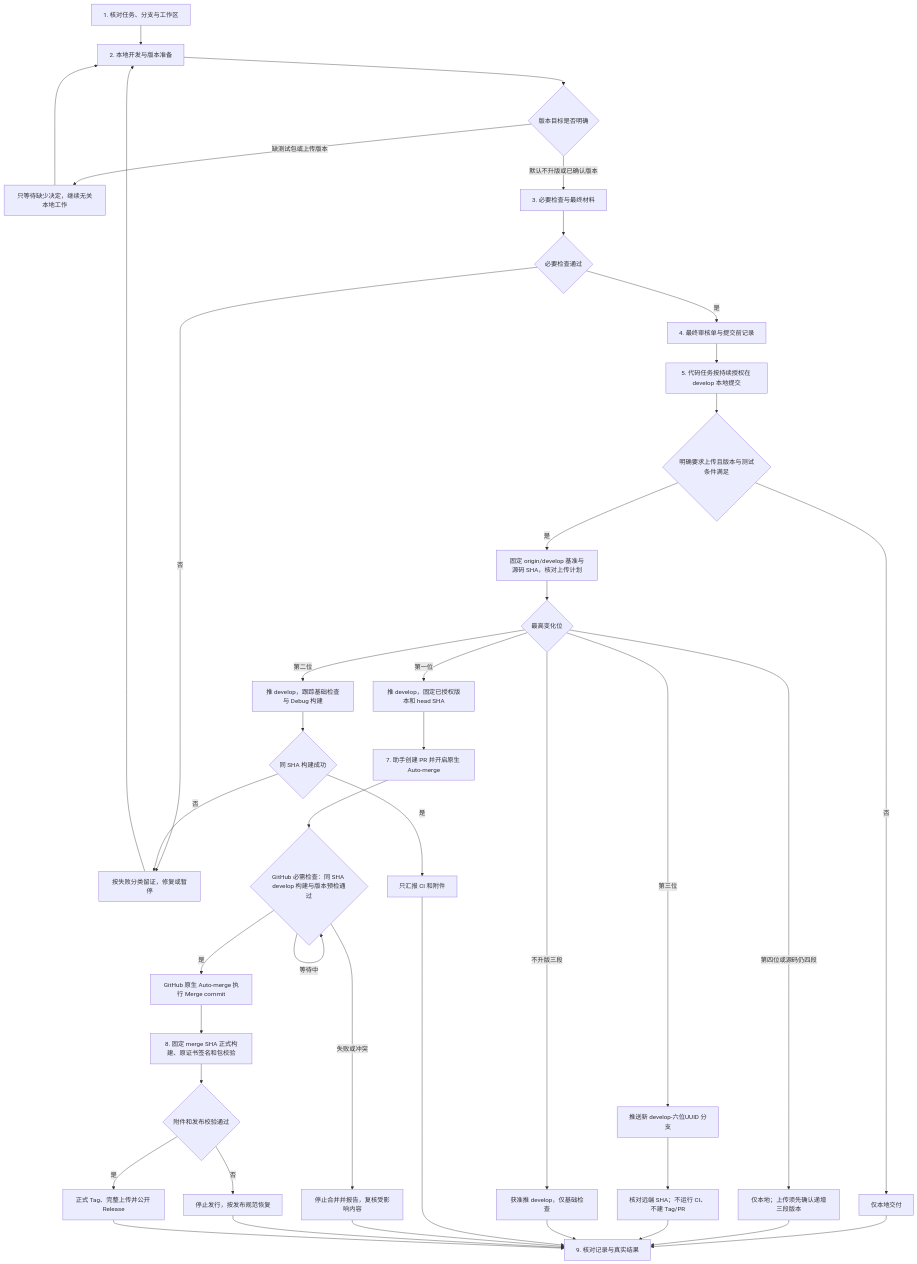
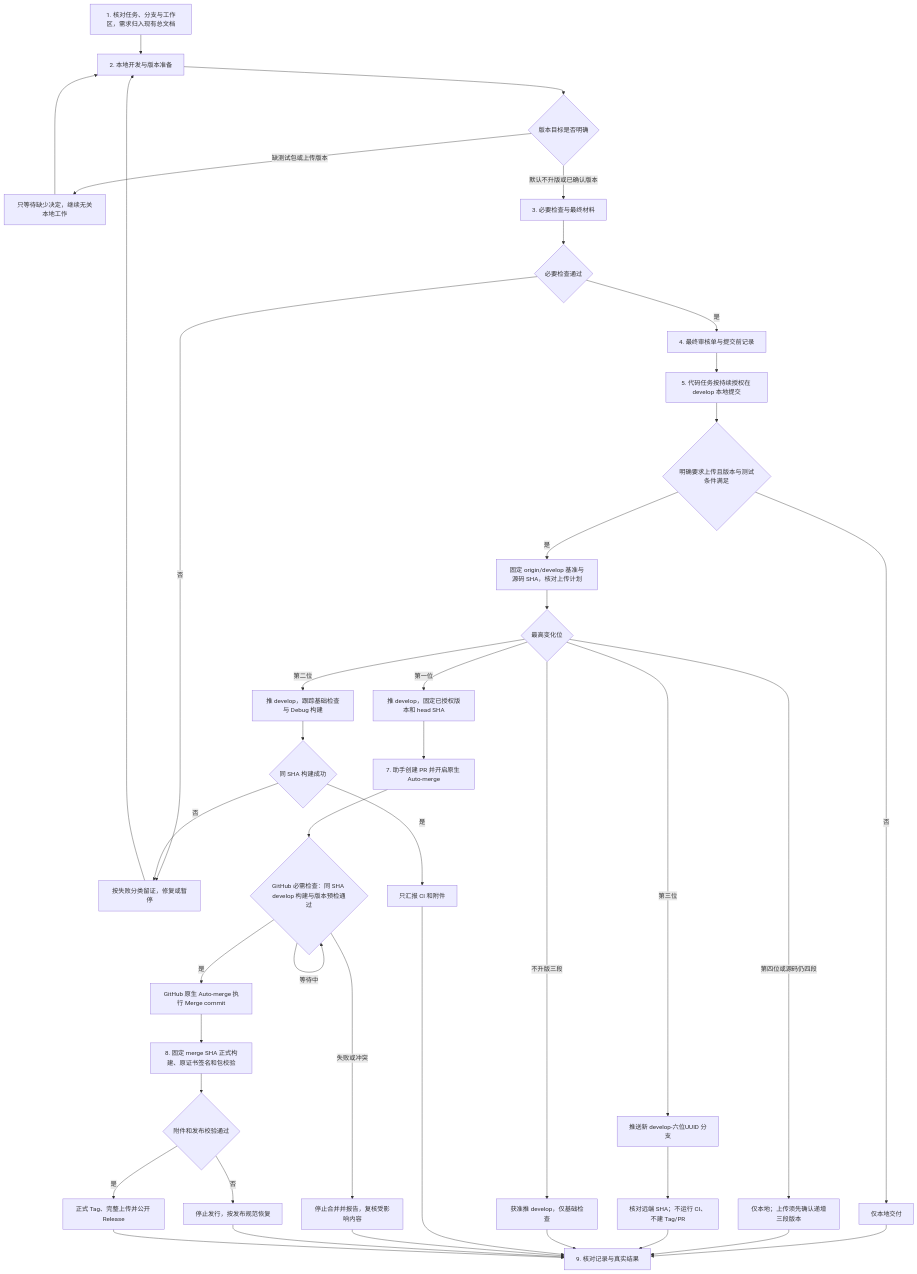
The diagram in .agents/docs/DEVELOPMENT_FLOWCHART.md (haorengg12/EhReader), drawn with Mermaid before and after one commit. The commit also changed other lines of this file and 18 other files, not shown here.

````diff
--- a/.agents/docs/DEVELOPMENT_FLOWCHART.md
+++ b/.agents/docs/DEVELOPMENT_FLOWCHART.md
@@ -5,43 +5,43 @@
 ```mermaid
 flowchart TD
- A[1. 核对任务、分支与工作区] --> B[2. 本地开发与版本准备]
+ A[1. 核对任务、分支与工作区，需求归入现有总文档] --> B[2. 本地开发与版本准备]
  B --> V{版本目标是否明确}
  V -->|缺测试包或上传版本| W[只等待缺少决定，继续无关本地工作]
  W --> B
  V -->|默认不升版或已确认版本| C[3. 必要检查与最终材料]
  C --> OK{必要检查通过}
  OK -->|否| REC[按失败分类留证，修复或暂停]
  REC --> B
  OK -->|是| D[4. 最终审核单与提交前记录]
  D --> LC[5. 代码任务按持续授权在 develop 本地提交]
  LC --> UP{明确要求上传且版本与测试条件满足}
  UP -->|否| LOCAL[仅本地交付]
  LOCAL --> Z[9. 核对记录与真实结果]
  UP -->|是| PLAN[固定 origin/develop 基准与源码 SHA，核对上传计划]
  PLAN --> P{最高变化位}
  P -->|第四位或源码仍四段| BLOCK[仅本地；上传须先确认递增三段版本]
  BLOCK --> Z
  P -->|第三位| SNAP[推送新 develop-六位UUID 分支]
  SNAP --> VERIFY[核对远端 SHA；不运行 CI、不建 Tag/PR]
  VERIFY --> Z
  P -->|不升版三段| SAVE[获准推 develop，仅基础检查]
  SAVE --> Z
  P -->|第二位| PUSH[推 develop，跟踪基础检查与 Debug 构建]
  P -->|第一位| MP[推 develop，固定已授权版本和 head SHA]
  MP --> PR[7. 助手创建 PR 并开启原生 Auto-merge]
  PUSH --> CI{同 SHA 构建成功}
  CI -->|否| REC
  CI -->|是| REPORT[只汇报 CI 和附件]
  REPORT --> Z
  PR --> GATE{GitHub 必需检查：同 SHA develop 构建与版本预检通过}
  GATE -->|等待中| GATE
  GATE -->|失败或冲突| STOP[停止合并并报告，复核受影响内容]
  STOP --> Z
  GATE -->|是| MERGE[GitHub 原生 Auto-merge 执行 Merge commit]
  MERGE --> RELEASE[8. 固定 merge SHA 正式构建、原证书签名和包校验]
  RELEASE --> PASS{附件和发布校验通过}
  PASS -->|否| FAIL[停止发行，按发布规范恢复]
  FAIL --> Z
  PASS -->|是| PUB[正式 Tag、完整上传并公开 Release]
  PUB --> Z
 ```
````
